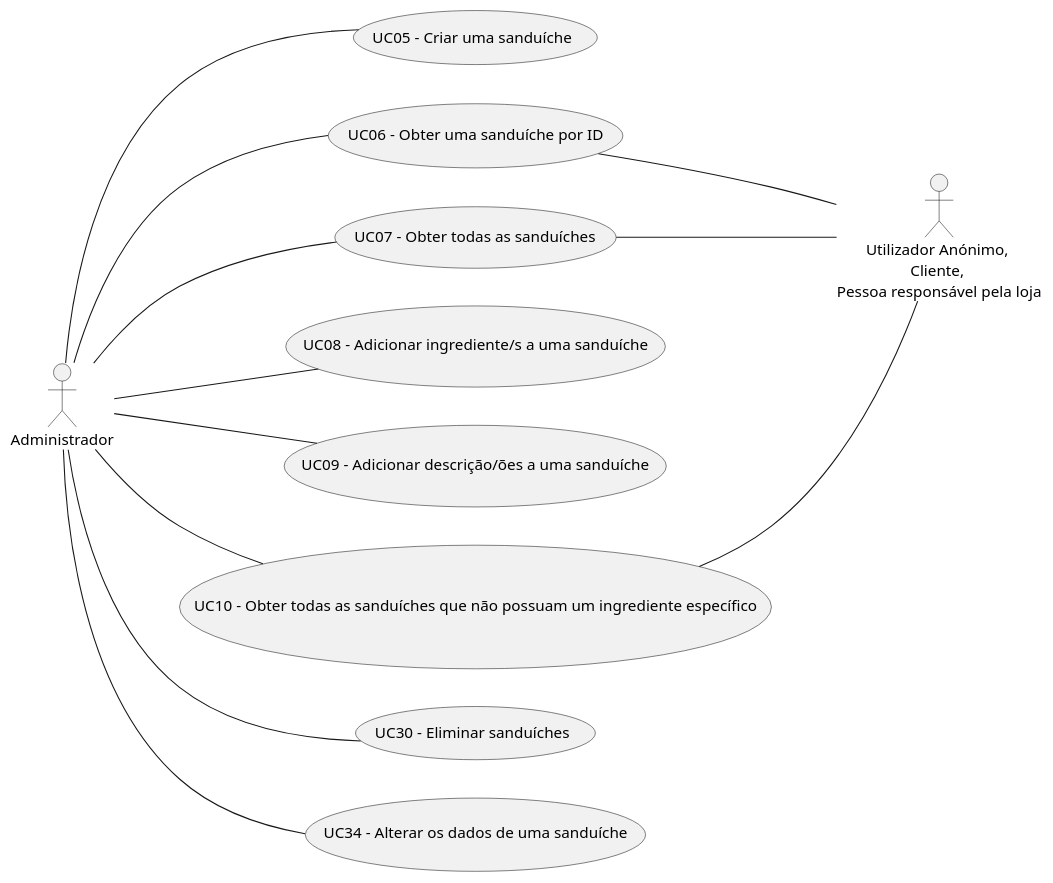
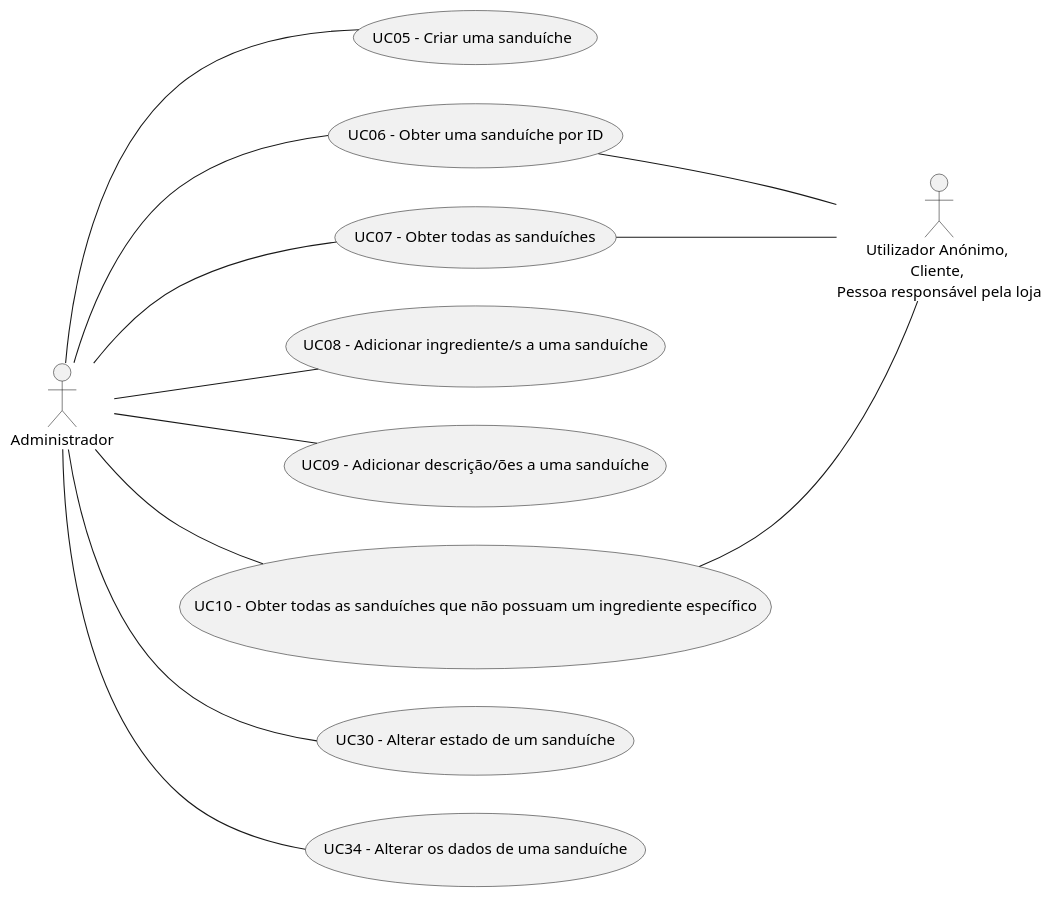
Before and after one commit to TiagoNora/ballerina-project: the diagram in design/userCasesSanduiche.puml, drawn with PlantUML. The commit also changed 8 other files, not shown here.

```diff
--- a/design/userCasesSanduiche.puml
+++ b/design/userCasesSanduiche.puml
@@ -1,37 +1,37 @@
 @startuml
 
 skinparam defaultTextAlignment center
 
 left to right direction
 
 :Utilizador Anónimo, \nCliente, \nPessoa responsável pela loja: as c
 :Administrador: as admin
 
 
 
 (UC05 - Criar uma sanduíche) as UC05
 (UC06 - Obter uma sanduíche por ID) as UC06
 (UC07 - Obter todas as sanduíches) as UC07
 (UC08 - Adicionar ingrediente/s a uma sanduíche) as UC08
 (UC09 - Adicionar descrição/ões a uma sanduíche) as UC09
 (UC10 - Obter todas as sanduíches que não possuam um ingrediente específico) as UC10
-(UC30 - Eliminar sanduíches) as UC30
+(UC30 - Alterar estado de um sanduíche) as UC30
 (UC34 - Alterar os dados de uma sanduíche) as UC34
 
 admin -- UC05 
 admin -- UC06
 admin -- UC07
 admin -- UC10
 
 UC06 -- c
 UC07 -- c 
 
 admin -- UC08 
 admin -- UC09 
 
 UC10 -- c
 
 admin -- UC30
 admin -- UC34 
 
 @enduml
```
